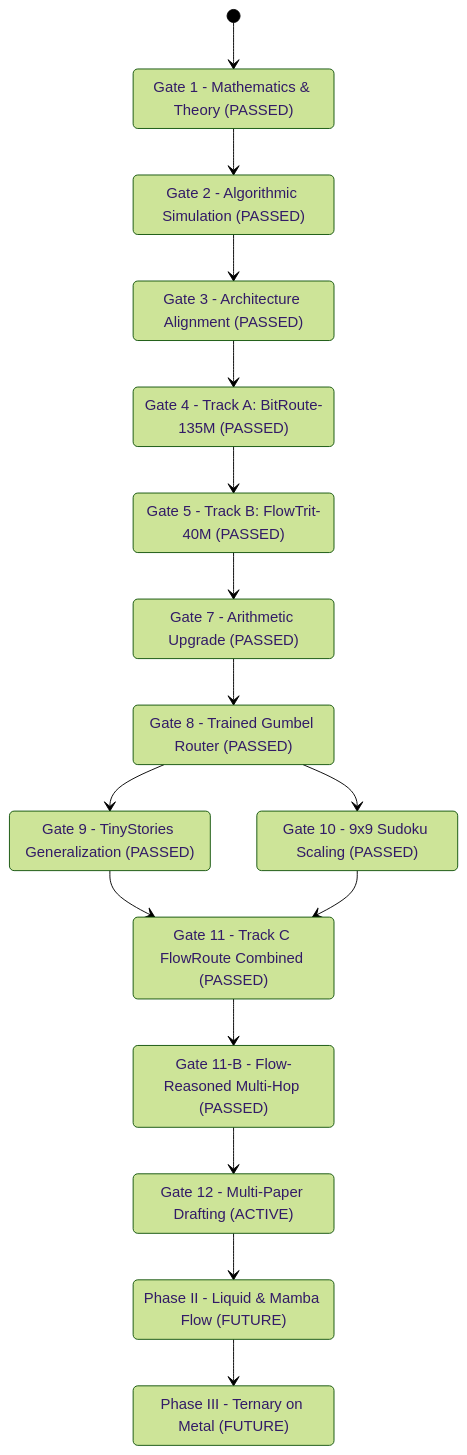
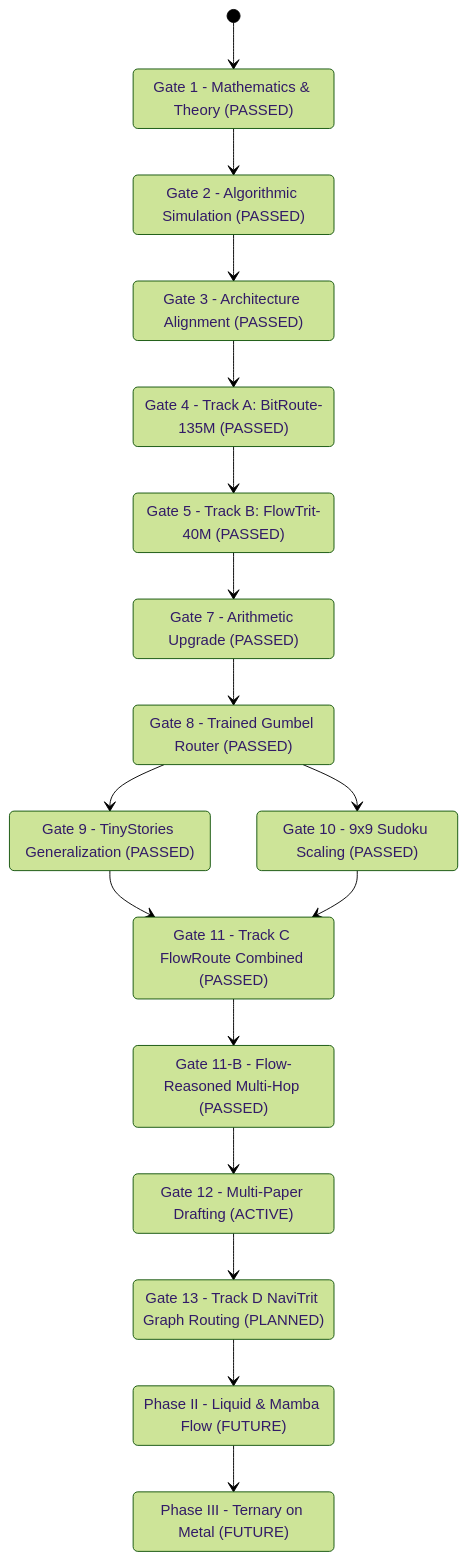
One commit to JadeZaher/ternary-memory-research changed the diagram in research/conductor-track.md. Above: the diagram before and after it, drawn with Mermaid (forest theme). The commit also changed other lines of this file and 1 other file, not shown here.

Commit message:
docs: register Track D (NaviTrit) and Gate 13 in master conductor framework

````diff
--- a/research/conductor-track.md
+++ b/research/conductor-track.md
@@ -45,33 +45,35 @@
 ```mermaid
 stateDiagram-v2
     Gate1_Math : Gate 1 - Mathematics & Theory (PASSED)
     Gate2_Simulation : Gate 2 - Algorithmic Simulation (PASSED)
     Gate3_Architecture : Gate 3 - Architecture Alignment (PASSED)
     Gate4_ModelA : Gate 4 - Track A: BitRoute-135M (PASSED)
     Gate5_ModelB : Gate 5 - Track B: FlowTrit-40M (PASSED)
     Gate7_Arith  : Gate 7 - Arithmetic Upgrade (PASSED)
     Gate8_Router : Gate 8 - Trained Gumbel Router (PASSED)
     Gate9_Lang   : Gate 9 - TinyStories Generalization (PASSED)
     Gate10_Sud9  : Gate 10 - 9x9 Sudoku Scaling (PASSED)
     Gate11_Route : Gate 11 - Track C FlowRoute Combined (PASSED)
     Gate11B_FlowRoute : Gate 11-B - Flow-Reasoned Multi-Hop (PASSED)
     Gate12_Papers: Gate 12 - Multi-Paper Drafting (ACTIVE)
-    PhaseII_TrackD : Phase II - Liquid & Mamba Flow (FUTURE)
-    PhaseIII_TrackE : Phase III - Ternary on Metal (FUTURE)
+    Gate13_NaviTrit: Gate 13 - Track D NaviTrit Graph Routing (PLANNED)
+    PhaseII_TrackE : Phase II - Liquid & Mamba Flow (FUTURE)
+    PhaseIII_TrackF : Phase III - Ternary on Metal (FUTURE)
 
     [*] --> Gate1_Math
     Gate1_Math --> Gate2_Simulation
     Gate2_Simulation --> Gate3_Architecture
     Gate3_Architecture --> Gate4_ModelA
     Gate4_ModelA --> Gate5_ModelB
     Gate5_ModelB --> Gate7_Arith
     Gate7_Arith --> Gate8_Router
     Gate8_Router --> Gate9_Lang
     Gate8_Router --> Gate10_Sud9
     Gate9_Lang --> Gate11_Route
     Gate10_Sud9 --> Gate11_Route
     Gate11_Route --> Gate11B_FlowRoute
     Gate11B_FlowRoute --> Gate12_Papers
-    Gate12_Papers --> PhaseII_TrackD
-    PhaseII_TrackD --> PhaseIII_TrackE
+    Gate12_Papers --> Gate13_NaviTrit
+    Gate13_NaviTrit --> PhaseII_TrackE
+    PhaseII_TrackE --> PhaseIII_TrackF
 ```
````
